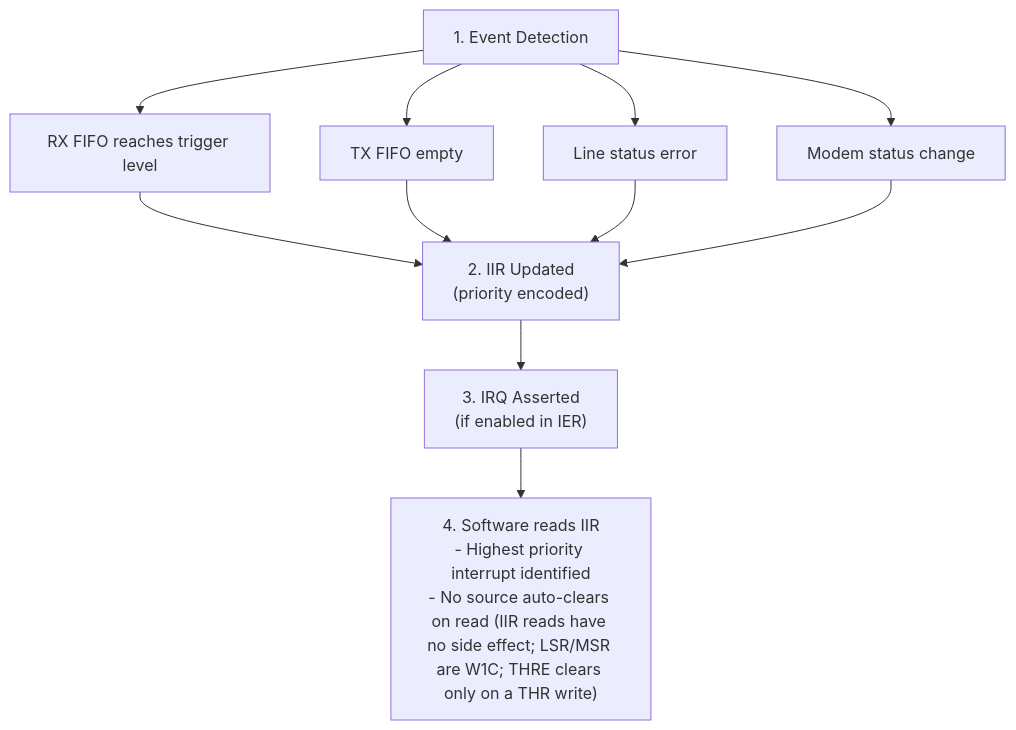
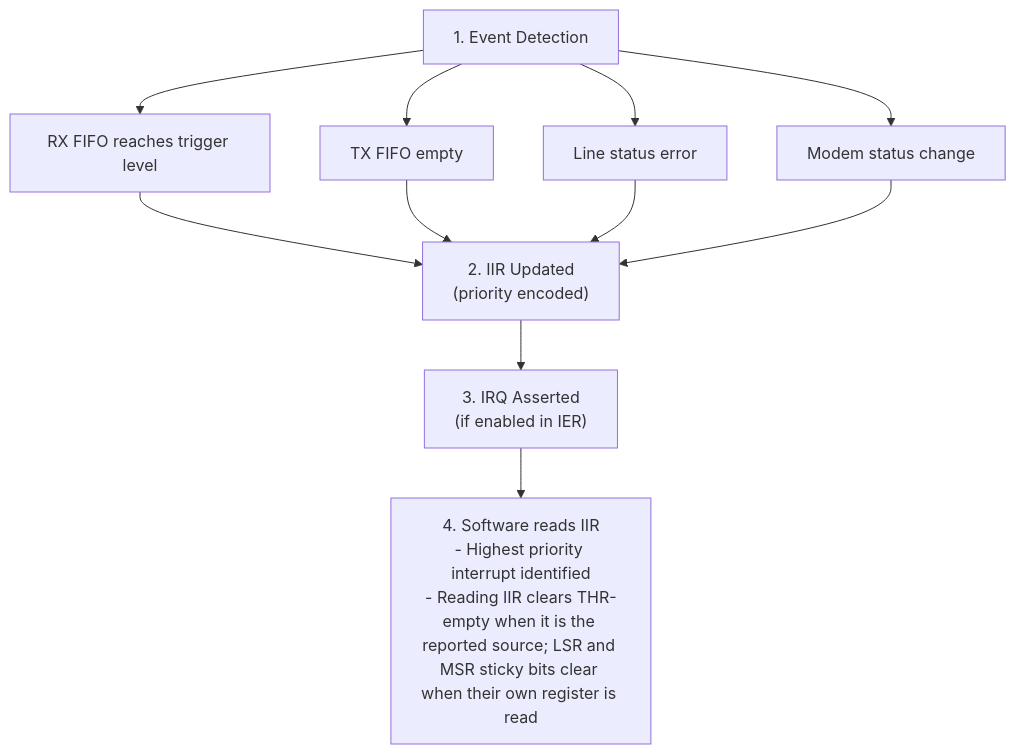
Before and after one commit to sean-galloway/RTLDesignSherpa: the third of 4 diagrams in projects/components/retro_legacy_blocks/docs/uart_16550_mas/ch01_overview/02_architecture.md, drawn with Mermaid. The commit also changed other lines of this file and 32 other files, not shown here.

````diff
--- a/projects/components/retro_legacy_blocks/docs/uart_16550_mas/ch01_overview/02_architecture.md
+++ b/projects/components/retro_legacy_blocks/docs/uart_16550_mas/ch01_overview/02_architecture.md
@@ -92,13 +111,13 @@
 ```mermaid
 flowchart TD
     A["1. Event Detection"] --> B["RX FIFO reaches trigger level"]
     A --> C["TX FIFO empty"]
     A --> D["Line status error"]
     A --> E["Modem status change"]
     B --> F["2. IIR Updated<br/>(priority encoded)"]
     C --> F
     D --> F
     E --> F
     F --> G["3. IRQ Asserted<br/>(if enabled in IER)"]
-    G --> H["4. Software reads IIR<br/>- Highest priority interrupt identified<br/>- No source auto-clears on read (IIR reads have no side effect; LSR/MSR are W1C; THRE clears only on a THR write)"]
+    G --> H["4. Software reads IIR<br/>- Highest priority interrupt identified<br/>- Reading IIR clears THR-empty when it is the reported source; LSR and MSR sticky bits clear when their own register is read"]
 ```
````
